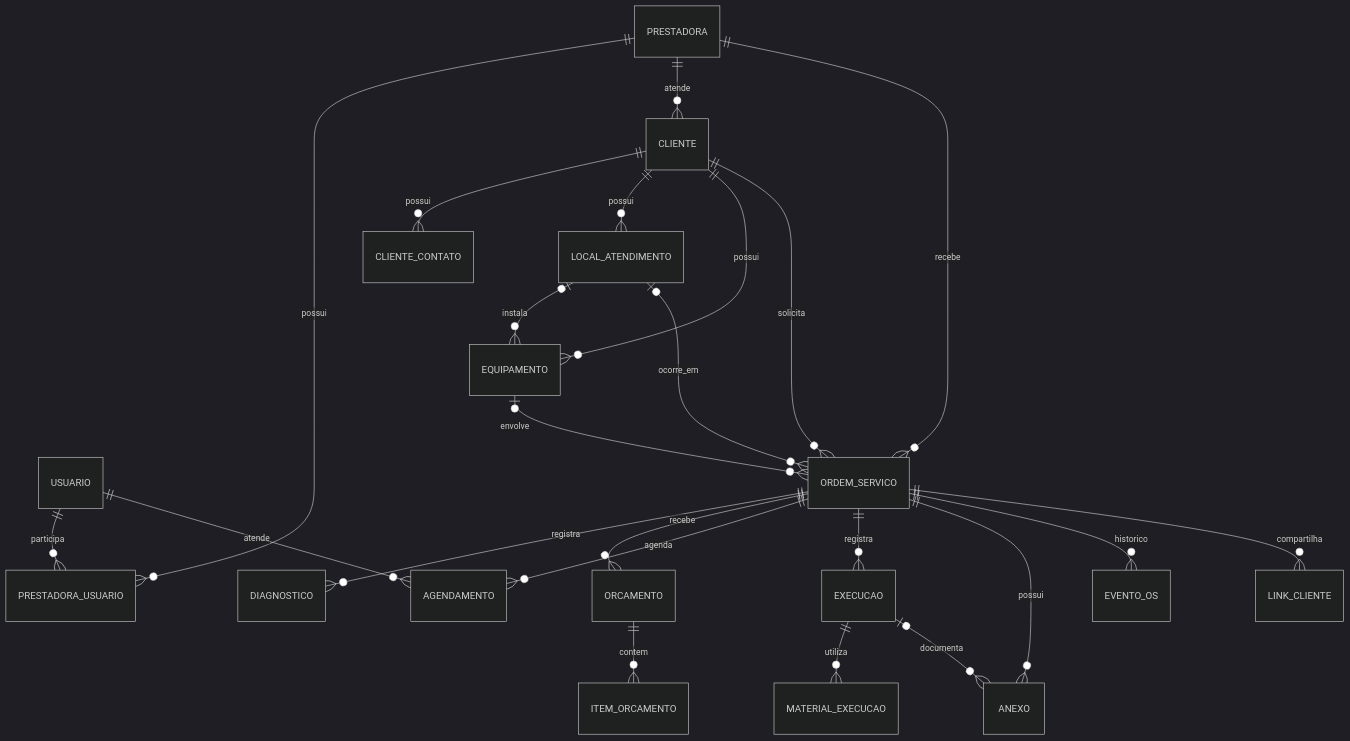
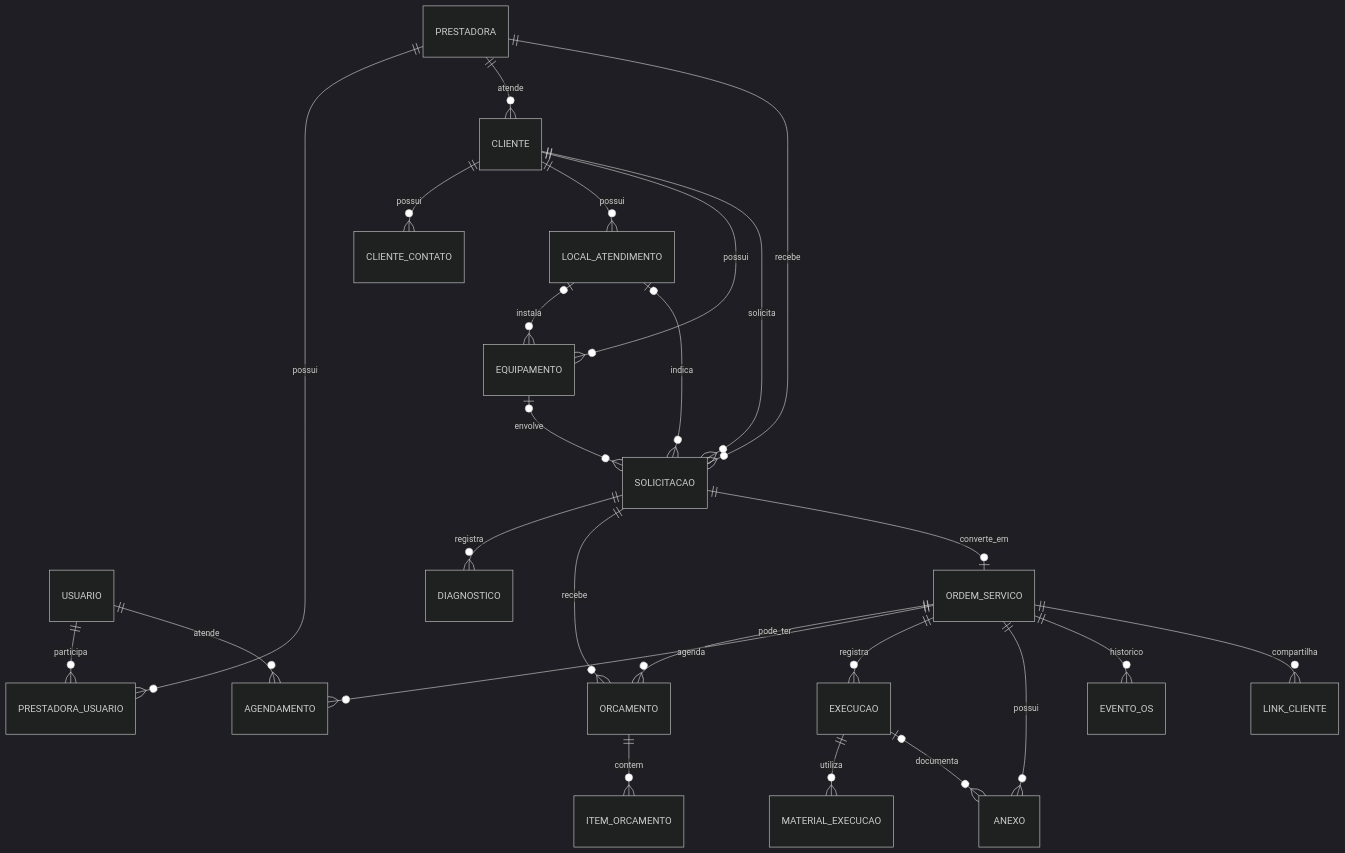
One commit to WellingtonADS/261002_AgServPro changed the diagram in docs/architecture/data-model.md. Above: the diagram before and after it, drawn with Mermaid (dark theme). The commit also changed other lines of this file, not shown here.

Commit message:
docs: separa solicitação e ordem de serviço

````diff
--- a/docs/architecture/data-model.md
+++ b/docs/architecture/data-model.md
@@ -20,25 +20,27 @@
 ```mermaid
 erDiagram
     PRESTADORA ||--o{ PRESTADORA_USUARIO : possui
     USUARIO ||--o{ PRESTADORA_USUARIO : participa
     PRESTADORA ||--o{ CLIENTE : atende
     CLIENTE ||--o{ CLIENTE_CONTATO : possui
     CLIENTE ||--o{ LOCAL_ATENDIMENTO : possui
     CLIENTE ||--o{ EQUIPAMENTO : possui
     LOCAL_ATENDIMENTO o|--o{ EQUIPAMENTO : instala
-    PRESTADORA ||--o{ ORDEM_SERVICO : recebe
-    CLIENTE ||--o{ ORDEM_SERVICO : solicita
-    LOCAL_ATENDIMENTO o|--o{ ORDEM_SERVICO : ocorre_em
-    EQUIPAMENTO o|--o{ ORDEM_SERVICO : envolve
-    ORDEM_SERVICO ||--o{ DIAGNOSTICO : registra
-    ORDEM_SERVICO ||--o{ ORCAMENTO : recebe
+    PRESTADORA ||--o{ SOLICITACAO : recebe
+    CLIENTE ||--o{ SOLICITACAO : solicita
+    LOCAL_ATENDIMENTO o|--o{ SOLICITACAO : indica
+    EQUIPAMENTO o|--o{ SOLICITACAO : envolve
+    SOLICITACAO ||--o{ DIAGNOSTICO : registra
+    SOLICITACAO ||--o{ ORCAMENTO : recebe
+    SOLICITACAO ||--o| ORDEM_SERVICO : converte_em
+    ORDEM_SERVICO ||--o{ ORCAMENTO : pode_ter
     ORCAMENTO ||--o{ ITEM_ORCAMENTO : contem
     ORDEM_SERVICO ||--o{ AGENDAMENTO : agenda
     USUARIO ||--o{ AGENDAMENTO : atende
     ORDEM_SERVICO ||--o{ EXECUCAO : registra
     EXECUCAO ||--o{ MATERIAL_EXECUCAO : utiliza
     EXECUCAO o|--o{ ANEXO : documenta
     ORDEM_SERVICO ||--o{ ANEXO : possui
     ORDEM_SERVICO ||--o{ EVENTO_OS : historico
     ORDEM_SERVICO ||--o{ LINK_CLIENTE : compartilha
 ```
````
